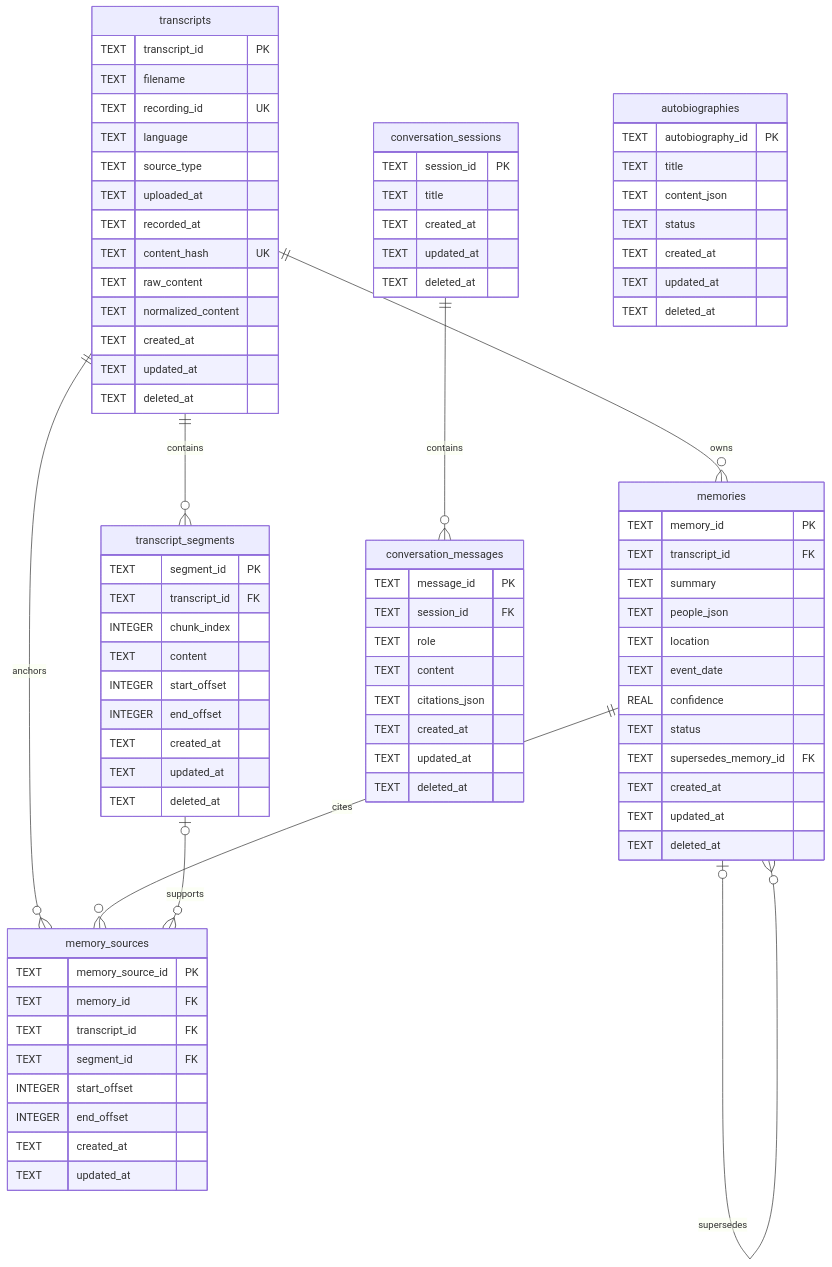
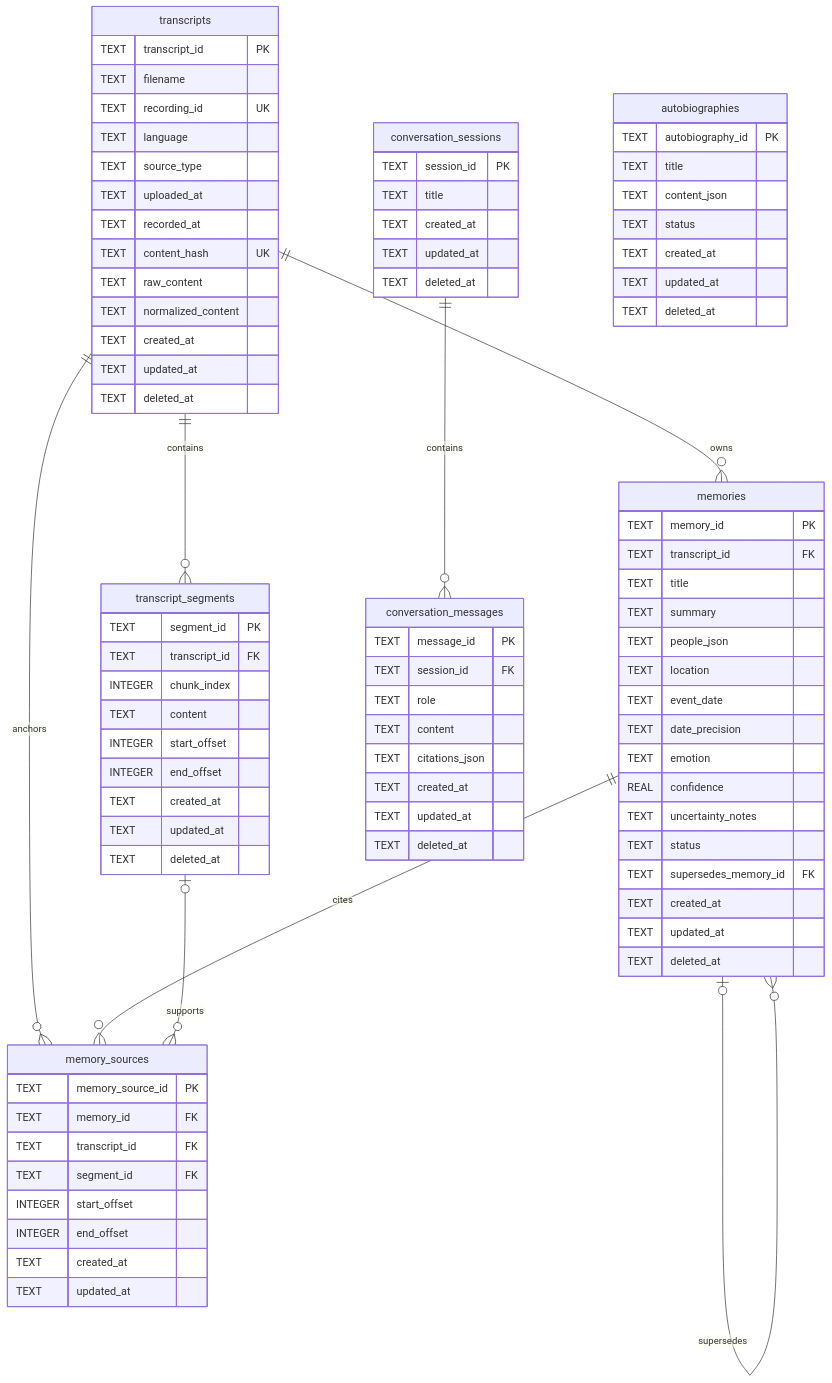
The diagram in docs/ERD.md (nnieun/life-archive-ai), drawn with Mermaid before and after one commit. The commit also changed other lines of this file and 15 other files, not shown here.

```diff
--- a/docs/ERD.md
+++ b/docs/ERD.md
@@ -44,11 +44,15 @@
     memories {
         TEXT memory_id PK
         TEXT transcript_id FK
+        TEXT title
         TEXT summary
         TEXT people_json
         TEXT location
         TEXT event_date
+        TEXT date_precision
+        TEXT emotion
         REAL confidence
+        TEXT uncertainty_notes
         TEXT status
         TEXT supersedes_memory_id FK
         TEXT created_at
```
